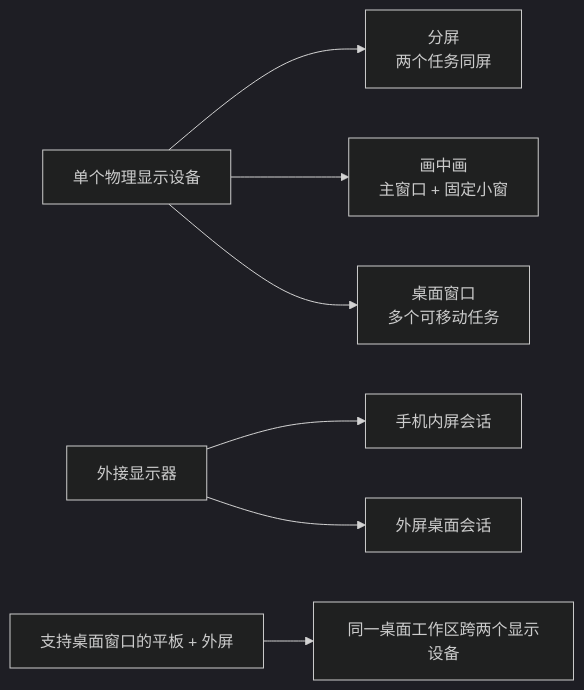
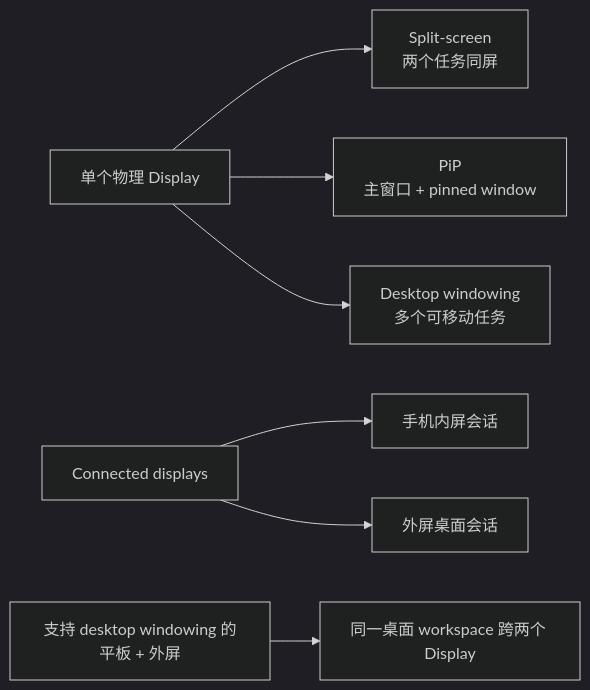
Before and after one commit to Gracker/android-internals-wiki: the first of 2 diagrams in src/part1-fundamentals/ch02-rendering/20-multiwindow-desktop-rendering.md, drawn with Mermaid (dark theme). The commit also changed other lines of this file and 4 other files, not shown here.

````diff
--- a/src/part1-fundamentals/ch02-rendering/20-multiwindow-desktop-rendering.md
+++ b/src/part1-fundamentals/ch02-rendering/20-multiwindow-desktop-rendering.md
@@ -152,9 +152,9 @@
 ```mermaid
 flowchart LR
-    S["单个物理显示设备"] --> SS["分屏<br/>两个任务同屏"]
-    S --> PP["画中画<br/>主窗口 + 固定小窗"]
-    S --> DW["桌面窗口<br/>多个可移动任务"]
-    CD["外接显示器"] --> PH["手机内屏会话"]
+    S["单个物理 Display"] --> SS["Split-screen<br/>两个任务同屏"]
+    S --> PP["PiP<br/>主窗口 + pinned window"]
+    S --> DW["Desktop windowing<br/>多个可移动任务"]
+    CD["Connected displays"] --> PH["手机内屏会话"]
     CD --> EX["外屏桌面会话"]
-    TD["支持桌面窗口的平板 + 外屏"] --> WS["同一桌面工作区跨两个显示设备"]
+    TD["支持 desktop windowing 的平板 + 外屏"] --> WS["同一桌面 workspace 跨两个 Display"]
 ```
````
